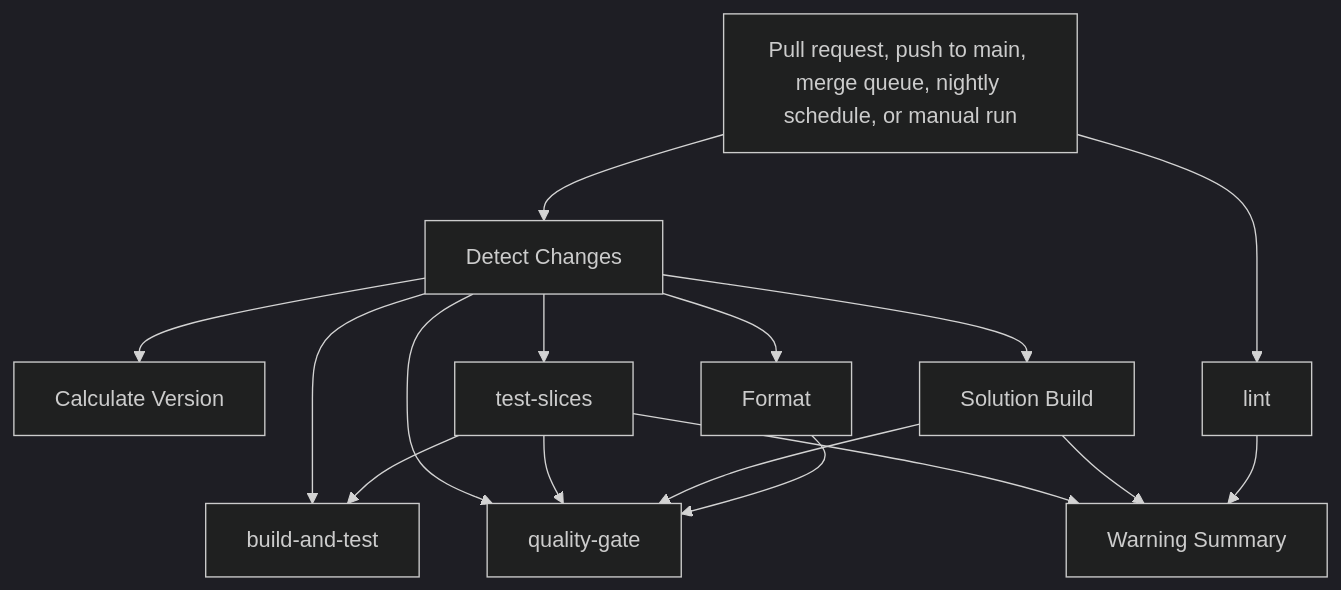
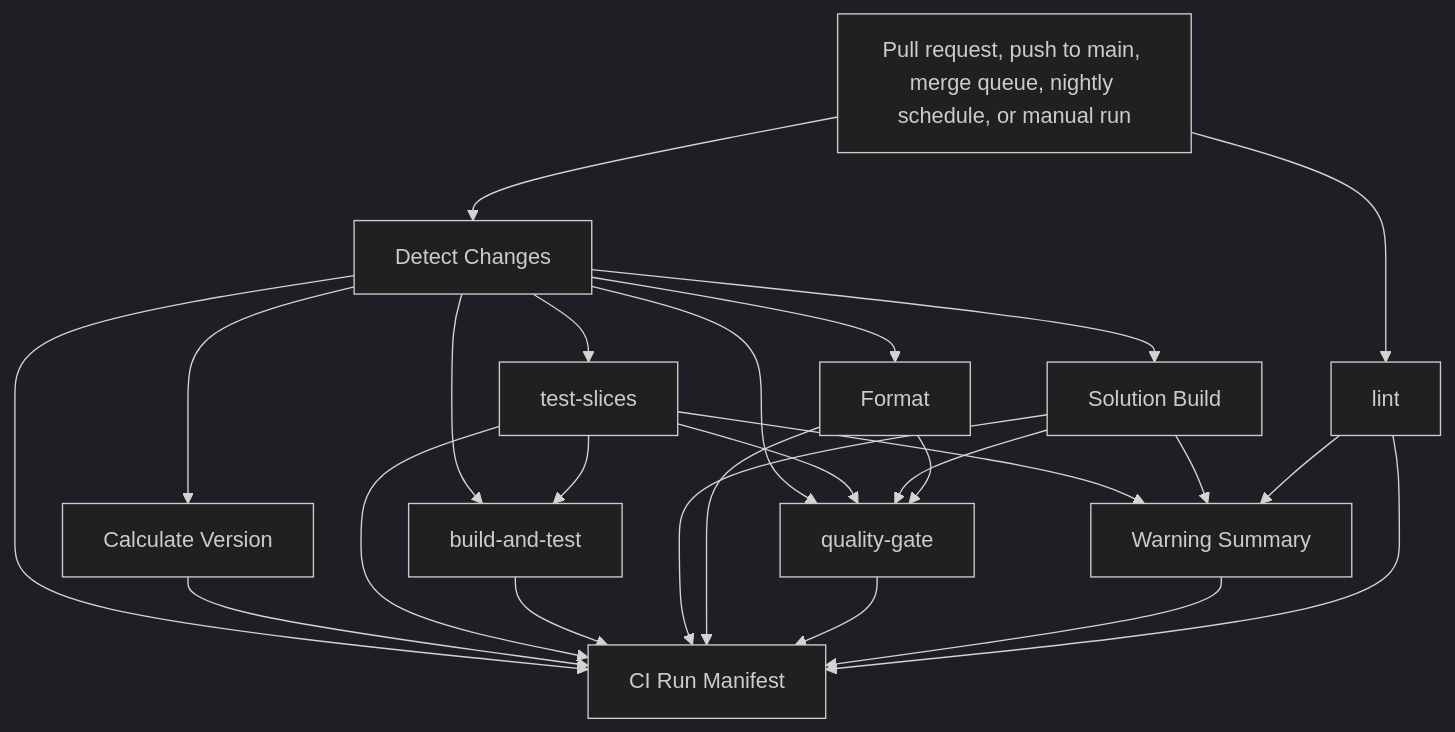
The first of 3 diagrams in docs/architecture/ci-validation-flows.md (danigutsch/ViajantesTurismo), drawn with Mermaid (dark theme) before and after one commit. The commit also changed 10 other files, not shown here.

````diff
--- a/docs/architecture/ci-validation-flows.md
+++ b/docs/architecture/ci-validation-flows.md
@@ -20,28 +20,38 @@
 ```mermaid
 flowchart TB
     trigger[Pull request, push to main, merge queue, nightly schedule, or manual run]
     detect_changes[Detect Changes]
     calculate_version[Calculate Version]
     test_slices[test-slices]
     build_and_test[build-and-test]
     solution_build[Solution Build]
     format[Format]
     quality_gate[quality-gate]
     warning_summary[Warning Summary]
     lint[lint]
+    ci_manifest[CI Run Manifest]
     trigger --> detect_changes
     detect_changes --> calculate_version
     detect_changes --> test_slices
     detect_changes --> build_and_test
     test_slices --> build_and_test
     detect_changes --> solution_build
     detect_changes --> format
     detect_changes --> quality_gate
     test_slices --> quality_gate
     solution_build --> quality_gate
     format --> quality_gate
     test_slices --> warning_summary
     solution_build --> warning_summary
     lint --> warning_summary
     trigger --> lint
+    detect_changes --> ci_manifest
+    calculate_version --> ci_manifest
+    test_slices --> ci_manifest
+    build_and_test --> ci_manifest
+    solution_build --> ci_manifest
+    format --> ci_manifest
+    quality_gate --> ci_manifest
+    warning_summary --> ci_manifest
+    lint --> ci_manifest
 ```
````
